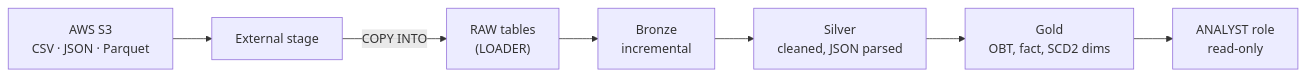
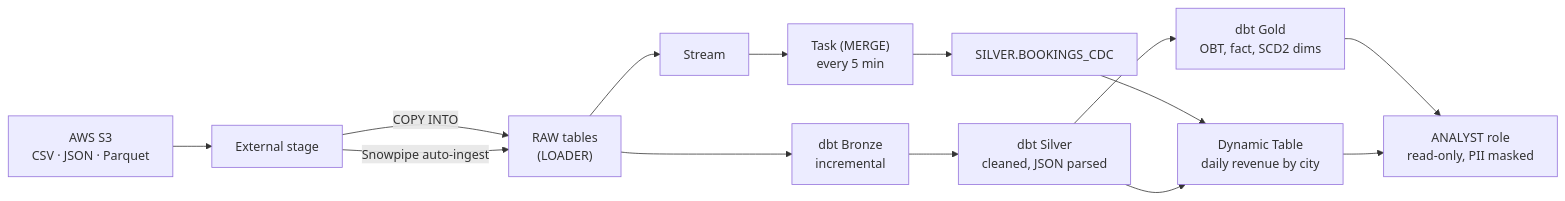
Before and after one commit to ramandeep-12/dbt-snowflake: the diagram in README.md, drawn with Mermaid. The commit also changed other lines of this file and 3 other files, not shown here.

````diff
--- a/README.md
+++ b/README.md
@@ -10,9 +17,12 @@
 ```mermaid
 flowchart LR
   S3["AWS S3<br/>CSV · JSON · Parquet"] --> Stage["External stage"]
   Stage -->|COPY INTO| RAW["RAW tables<br/>(LOADER)"]
-  RAW --> Bronze["Bronze<br/>incremental"]
-  Bronze --> Silver["Silver<br/>cleaned, JSON parsed"]
-  Silver --> Gold["Gold<br/>OBT, fact, SCD2 dims"]
-  Gold --> Analyst["ANALYST role<br/>read-only"]
+  Stage -->|Snowpipe auto-ingest| RAW
+  RAW --> Stream["Stream"] --> Task["Task (MERGE)<br/>every 5 min"] --> CDC["SILVER.BOOKINGS_CDC"]
+  RAW --> Bronze["dbt Bronze<br/>incremental"] --> Silver["dbt Silver<br/>cleaned, JSON parsed"] --> Gold["dbt Gold<br/>OBT, fact, SCD2 dims"]
+  CDC --> DT["Dynamic Table<br/>daily revenue by city"]
+  Silver --> DT
+  Gold --> Analyst["ANALYST role<br/>read-only, PII masked"]
+  DT --> Analyst
 ```
````
